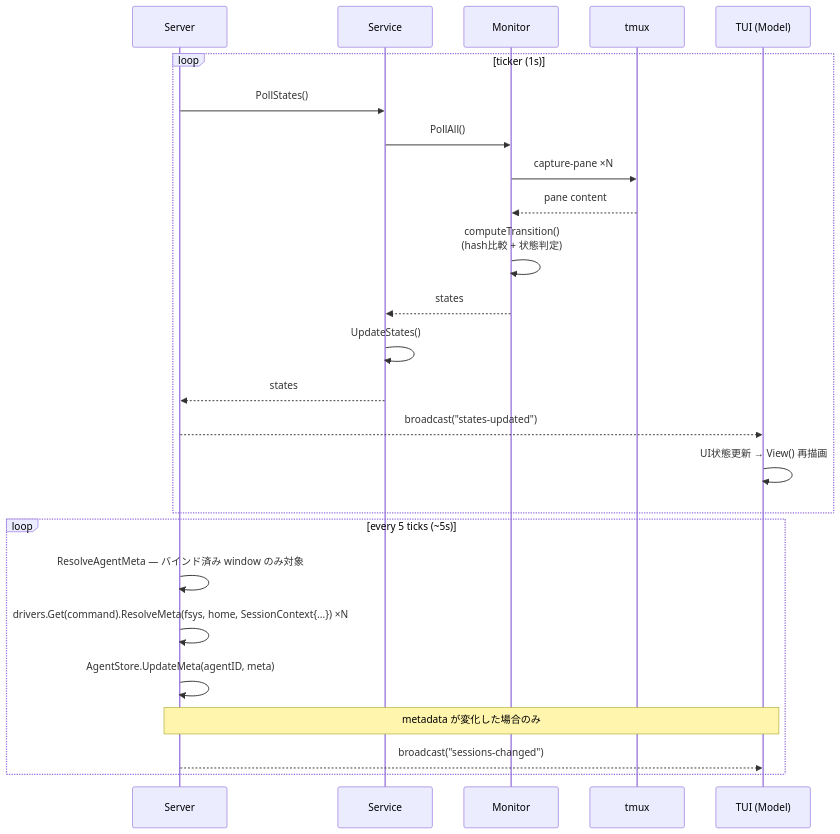
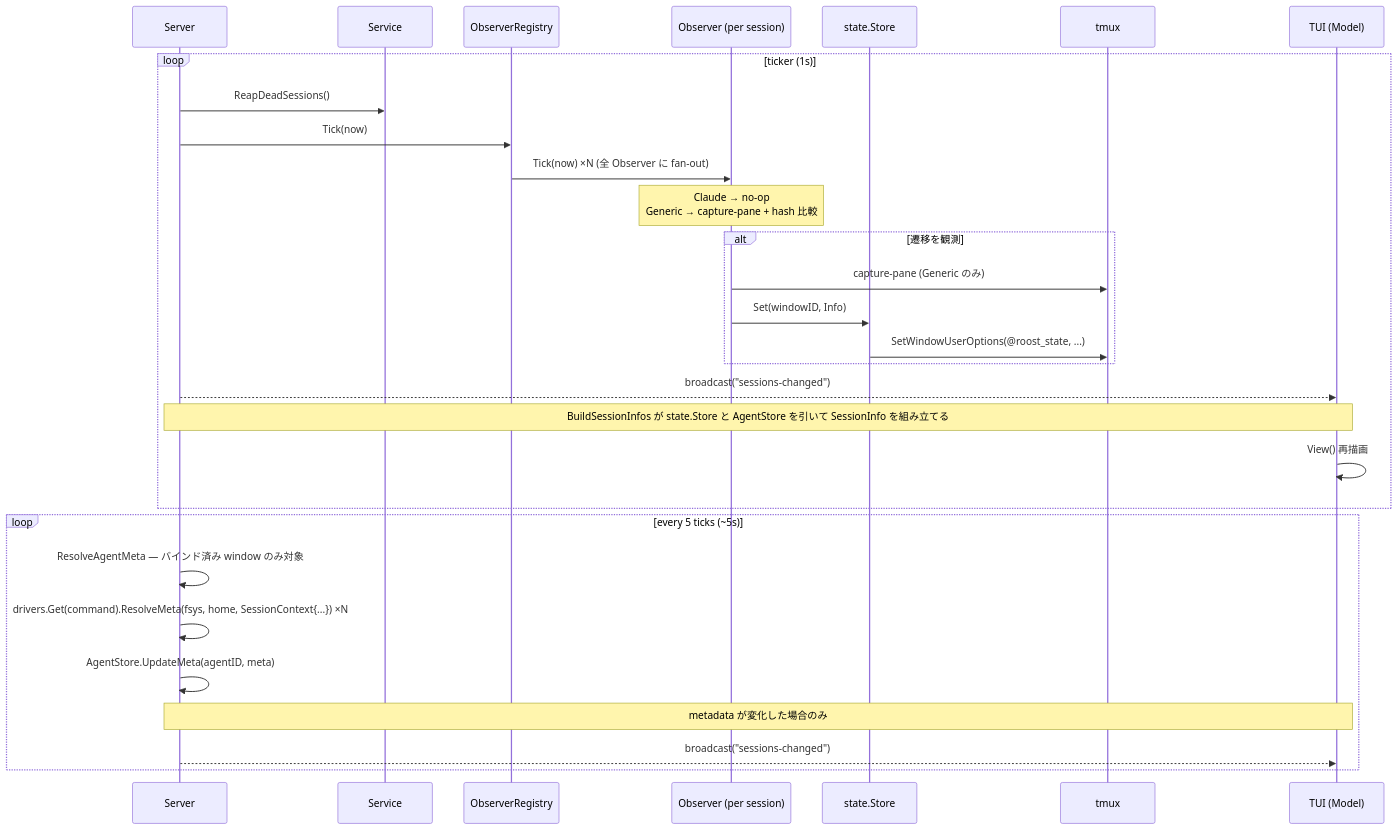
One commit to takezoh/agent-roost changed the fourth of 5 diagrams in ARCHITECTURE.md. Above: the diagram before and after it, drawn with Mermaid. The commit also changed other lines of this file and 48 other files, not shown here.

````diff
--- a/ARCHITECTURE.md
+++ b/ARCHITECTURE.md
@@ -422,29 +444,33 @@
 ```mermaid
 sequenceDiagram
     participant S as Server
     participant Svc as Service
-    participant Mon as Monitor
+    participant Reg as ObserverRegistry
+    participant O as Observer (per session)
+    participant St as state.Store
     participant T as tmux
     participant M as TUI (Model)
 
     loop ticker (1s)
-        S->>Svc: PollStates()
-        Svc->>Mon: PollAll()
-        Mon->>T: capture-pane ×N
-        T-->>Mon: pane content
-        Mon->>Mon: computeTransition()<br/>(hash比較 + 状態判定)
-        Mon-->>Svc: states
-        Svc->>Svc: UpdateStates()
-        Svc-->>S: states
-        S-->>M: broadcast("states-updated")
-        M->>M: UI状態更新 → View() 再描画
+        S->>Svc: ReapDeadSessions()
+        S->>Reg: Tick(now)
+        Reg->>O: Tick(now) ×N (全 Observer に fan-out)
+        Note over O: Claude → no-op<br/>Generic → capture-pane + hash 比較
+        alt 遷移を観測
+            O->>T: capture-pane (Generic のみ)
+            O->>St: Set(windowID, Info)
+            St->>T: SetWindowUserOptions(@roost_state, ...)
+        end
+        S-->>M: broadcast("sessions-changed")
+        Note over S,M: BuildSessionInfos が state.Store と AgentStore を引いて SessionInfo を組み立てる
+        M->>M: View() 再描画
     end
 
     loop every 5 ticks (~5s)
         S->>S: ResolveAgentMeta — バインド済み window のみ対象
         S->>S: drivers.Get(command).ResolveMeta(fsys, home, SessionContext{...}) ×N
         S->>S: AgentStore.UpdateMeta(agentID, meta)
         Note over S,M: metadata が変化した場合のみ
         S-->>M: broadcast("sessions-changed")
     end
 ```
````
